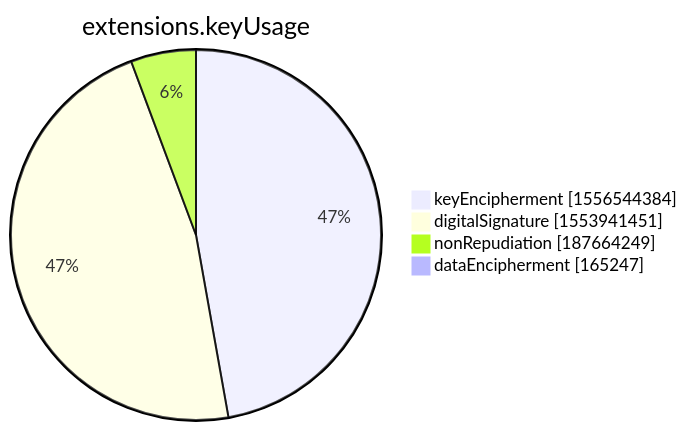
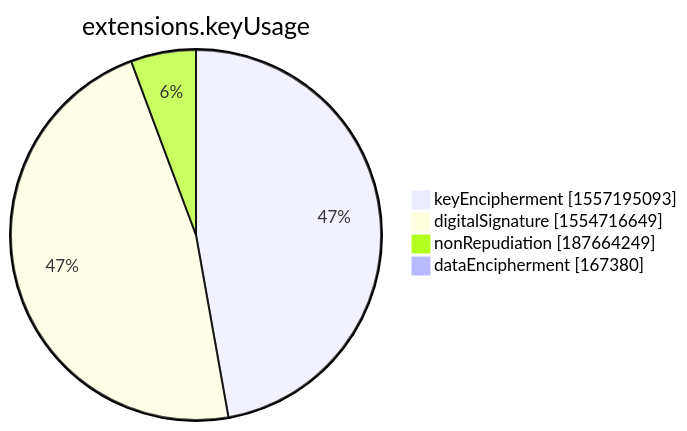
The seventh of 15 diagrams in xenon2022/README.md (christiankrug/ctmonitor_visualization), drawn with Mermaid before and after one commit. The commit also changed other lines of this file, not shown here.

````diff
--- a/xenon2022/README.md
+++ b/xenon2022/README.md
@@ -2852,8 +2852,8 @@
 ```mermaid
 pie showData
 title extensions.keyUsage
-"keyEncipherment" :1556544384
-"digitalSignature" :1553941451
+"keyEncipherment" :1557195093
+"digitalSignature" :1554716649
 "nonRepudiation" :187664249
-"dataEncipherment" :165247
+"dataEncipherment" :167380
 ```
````
